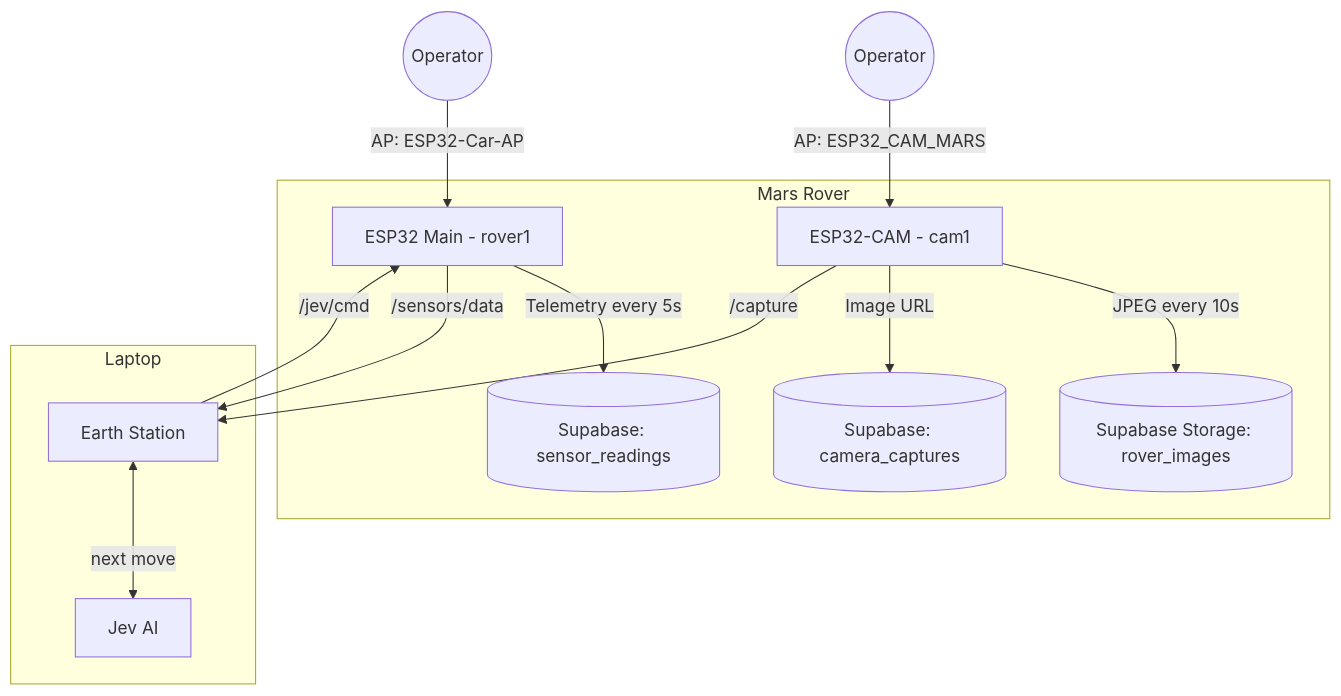
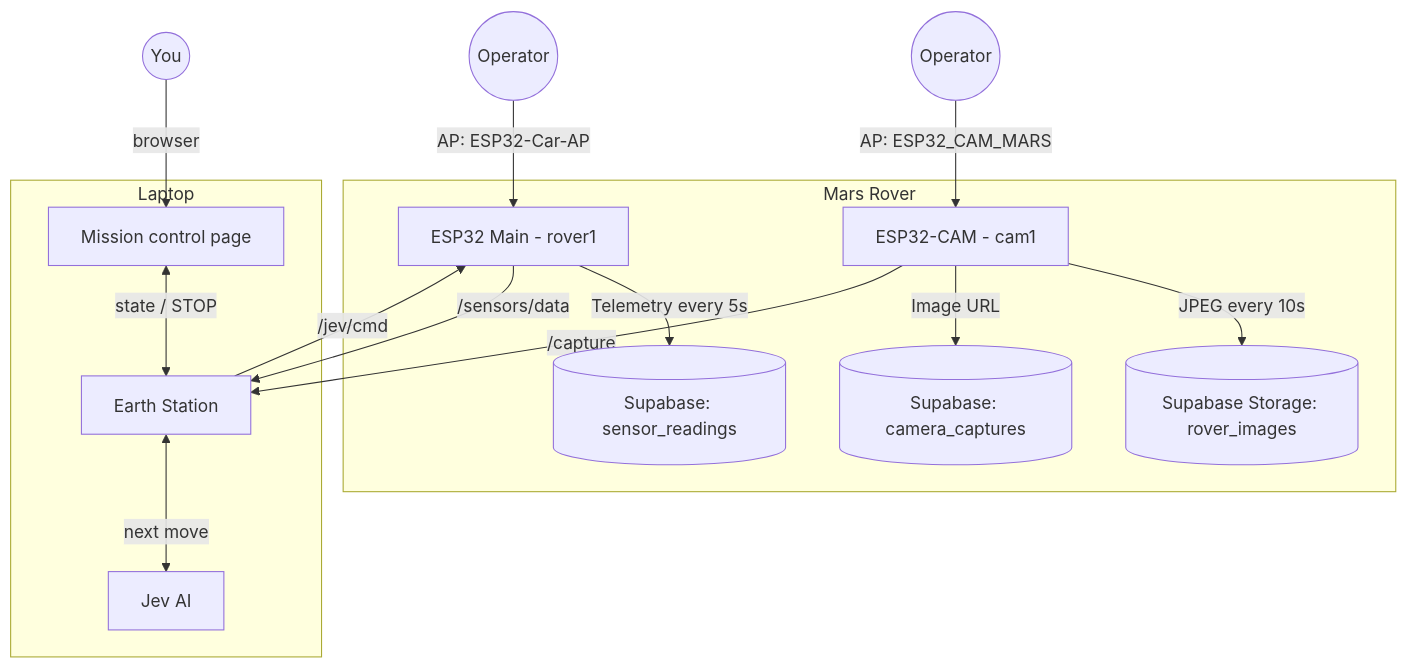
Before and after one commit to Hammad-Sheikhh/mars-rover: the diagram in README.md, drawn with Mermaid. The commit also changed other lines of this file and 15 other files, not shown here.

First line of the commit message:
feat(station): mission control page with STOP and Resume (milestone 6)

````diff
--- a/README.md
+++ b/README.md
@@ -18,18 +18,20 @@
 ```mermaid
 graph TD
     subgraph Mars Rover
         ESP[ESP32 Main - rover1] -->|Telemetry every 5s| DB[(Supabase: sensor_readings)]
         CAM[ESP32-CAM - cam1] -->|JPEG every 10s| Stor[(Supabase Storage: rover_images)]
         CAM -->|Image URL| DB2[(Supabase: camera_captures)]
     end
 
     Phone1((Operator)) -->|AP: ESP32-Car-AP| ESP
     Phone2((Operator)) -->|AP: ESP32_CAM_MARS| CAM
 
     subgraph Laptop
         ES[Earth Station] <-->|next move| JEV[Jev AI]
+        MC[Mission control page] <-->|state / STOP| ES
     end
+    Leader((You)) -->|browser| MC
     ESP -->|/sensors/data| ES
     CAM -->|/capture| ES
     ES -->|/jev/cmd| ESP
 ```
````
